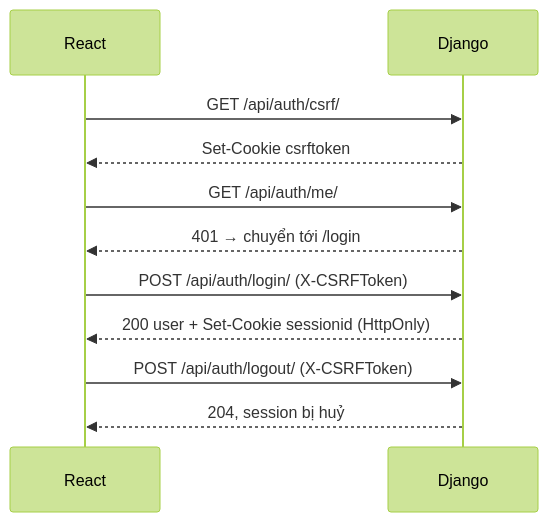
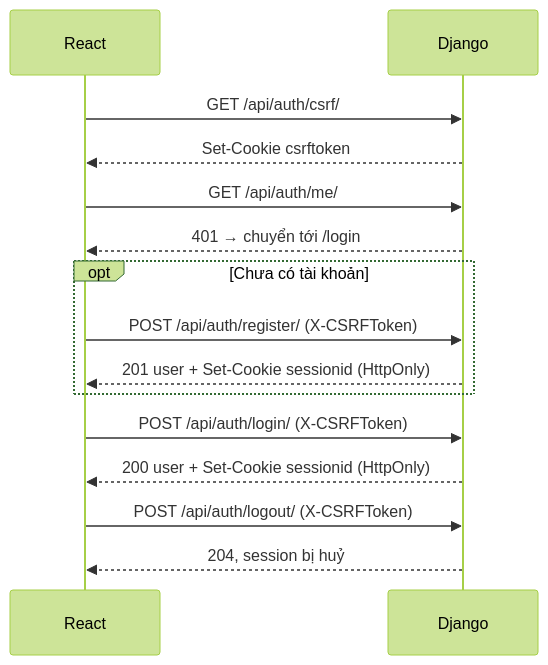
The second of 3 diagrams in README.md (duong110397/driving-theory), drawn with Mermaid (forest theme) before and after one commit. The commit also changed other lines of this file and 14 other files, not shown here.

````diff
--- a/README.md
+++ b/README.md
@@ -48,13 +49,17 @@
 ```mermaid
 sequenceDiagram
     participant FE as React
     participant BE as Django
     FE->>BE: GET /api/auth/csrf/
     BE-->>FE: Set-Cookie csrftoken
     FE->>BE: GET /api/auth/me/
     BE-->>FE: 401 → chuyển tới /login
+    opt Chưa có tài khoản
+        FE->>BE: POST /api/auth/register/ (X-CSRFToken)
+        BE-->>FE: 201 user + Set-Cookie sessionid (HttpOnly)
+    end
     FE->>BE: POST /api/auth/login/ (X-CSRFToken)
     BE-->>FE: 200 user + Set-Cookie sessionid (HttpOnly)
     FE->>BE: POST /api/auth/logout/ (X-CSRFToken)
     BE-->>FE: 204, session bị huỷ
 ```
````
